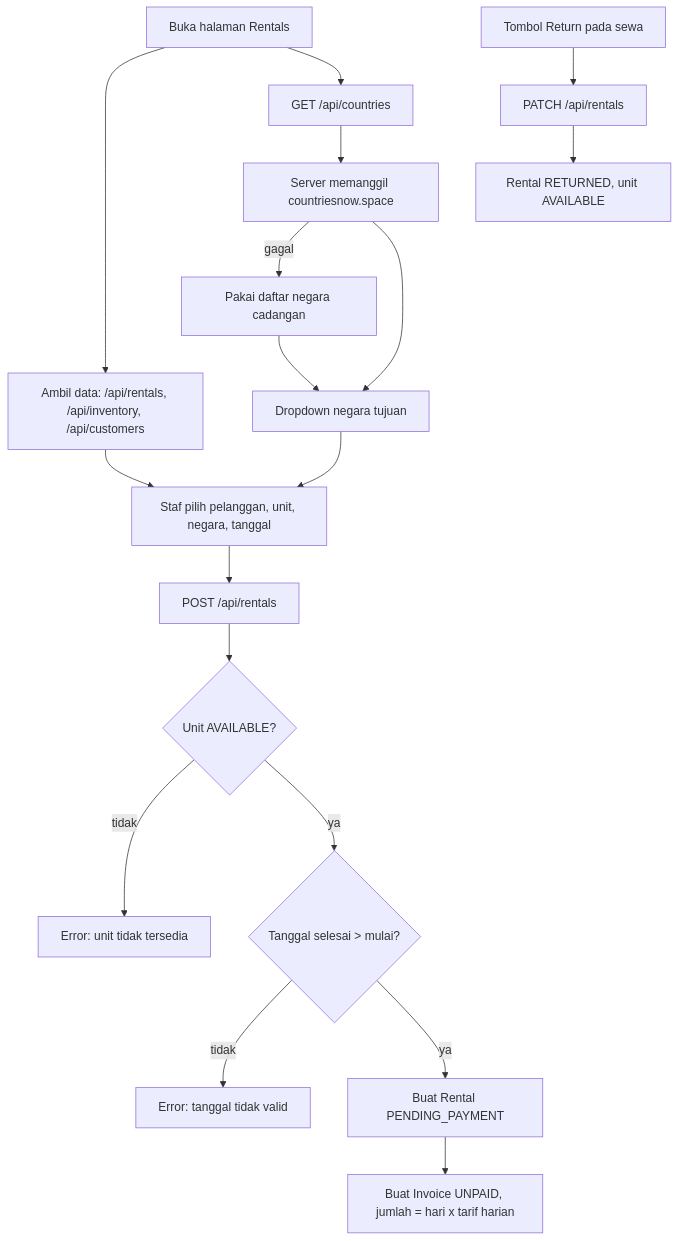
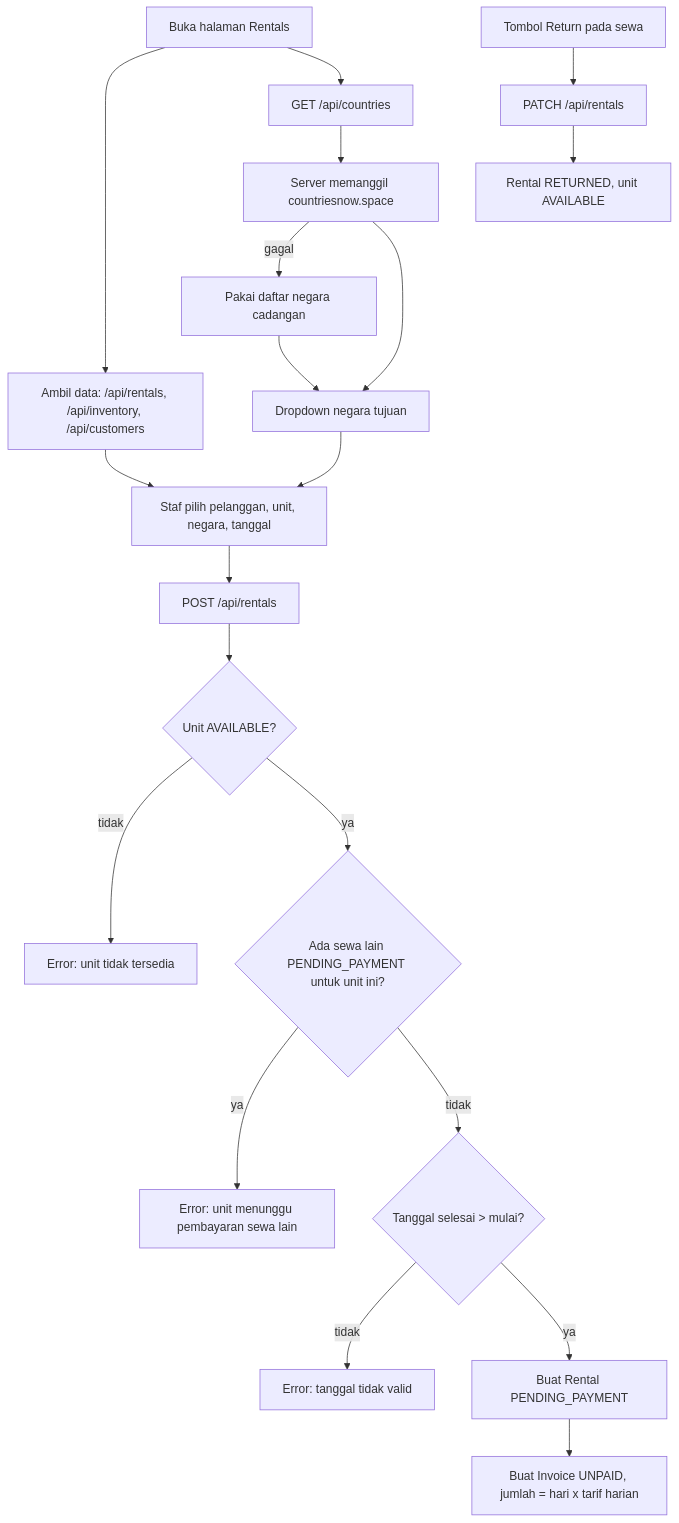
One commit to abdussalim/erp-modules changed the sixth of 9 diagrams in README.md. Above: the diagram before and after it, drawn with Mermaid. The commit also changed 1 other file, not shown here.

Commit message:
Block renting a device that is waiting for payment

````diff
--- a/README.md
+++ b/README.md
@@ -144,20 +144,22 @@
 ```mermaid
 flowchart TD
   A["Buka halaman Rentals"] --> B["Ambil data: /api/rentals, /api/inventory, /api/customers"]
   A --> C["GET /api/countries"]
   C --> C1["Server memanggil countriesnow.space"]
   C1 -->|gagal| C2["Pakai daftar negara cadangan"]
   C1 --> D["Dropdown negara tujuan"]
   C2 --> D
   B --> E["Staf pilih pelanggan, unit, negara, tanggal"]
   D --> E
   E --> F["POST /api/rentals"]
   F --> G{"Unit AVAILABLE?"}
   G -->|tidak| X["Error: unit tidak tersedia"]
-  G -->|ya| H{"Tanggal selesai > mulai?"}
+  G -->|ya| P{"Ada sewa lain PENDING_PAYMENT untuk unit ini?"}
+  P -->|ya| Z["Error: unit menunggu pembayaran sewa lain"]
+  P -->|tidak| H{"Tanggal selesai > mulai?"}
   H -->|tidak| Y["Error: tanggal tidak valid"]
   H -->|ya| I["Buat Rental PENDING_PAYMENT"]
   I --> J["Buat Invoice UNPAID, jumlah = hari x tarif harian"]
   K["Tombol Return pada sewa"] --> L["PATCH /api/rentals"]
   L --> M["Rental RETURNED, unit AVAILABLE"]
 ```
````
